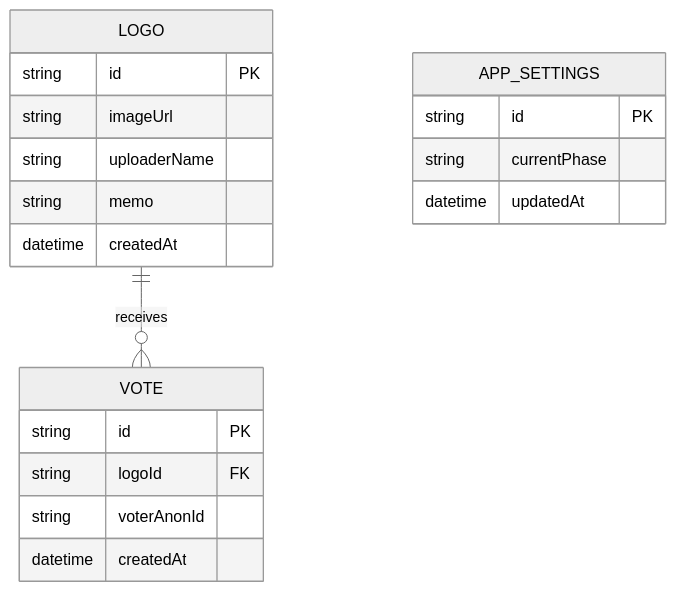
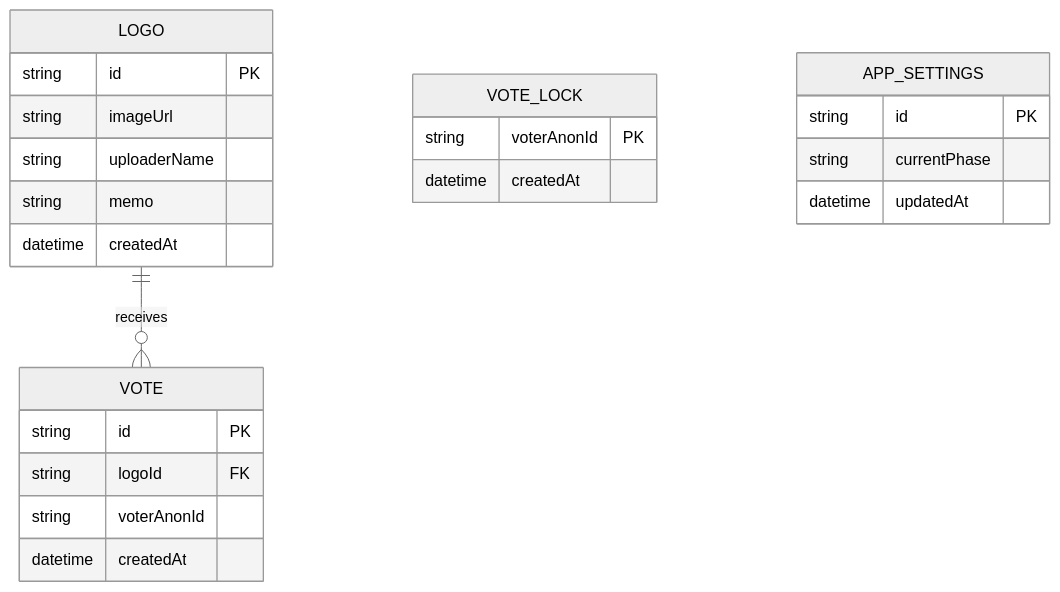
The second of 7 diagrams in docs/functional-design.md (lewisia02/SwipeMatch), drawn with Mermaid (neutral theme) before and after one commit. The commit also changed other lines of this file and 21 other files, not shown here.

````diff
--- a/docs/functional-design.md
+++ b/docs/functional-design.md
@@ -89,22 +103,26 @@
 ```mermaid
 erDiagram
     LOGO ||--o{ VOTE : receives
     LOGO {
         string id PK
         string imageUrl
         string uploaderName
         string memo
         datetime createdAt
     }
     VOTE {
         string id PK
         string logoId FK
         string voterAnonId
         datetime createdAt
     }
+    VOTE_LOCK {
+        string voterAnonId PK
+        datetime createdAt
+    }
     APP_SETTINGS {
         string id PK
         string currentPhase
         datetime updatedAt
     }
 ```
````
